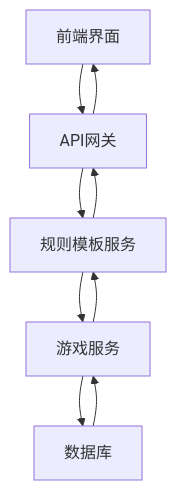
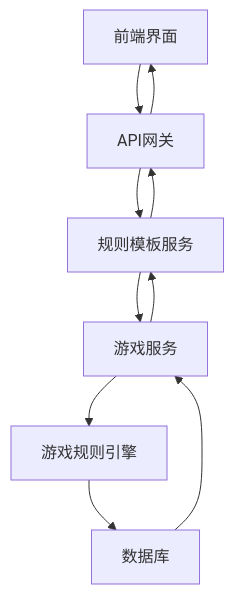
Before and after one commit to ITX351/royale-arena: the second of 7 diagrams in .qoder/repowiki/zh/content/游戏规则文档.md, drawn with Mermaid. The commit also changed other lines of this file and 7 other files, not shown here.

````diff
--- a/.qoder/repowiki/zh/content/游戏规则文档.md
+++ b/.qoder/repowiki/zh/content/游戏规则文档.md
@@ -75,11 +87,12 @@
 ```mermaid
 graph TD
 A[前端界面] --> B[API网关]
 B --> C[规则模板服务]
 C --> D[游戏服务]
-D --> E[数据库]
-E --> D
+D --> E[游戏规则引擎]
+E --> F[数据库]
+F --> D
 D --> C
 C --> B
 B --> A
 ```
````
